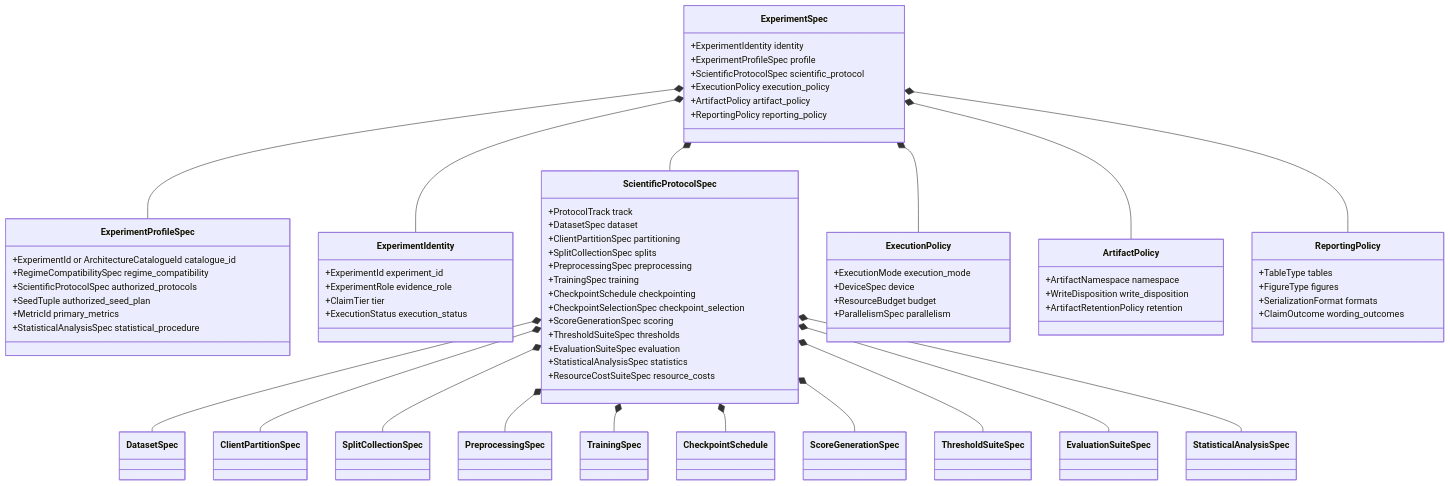
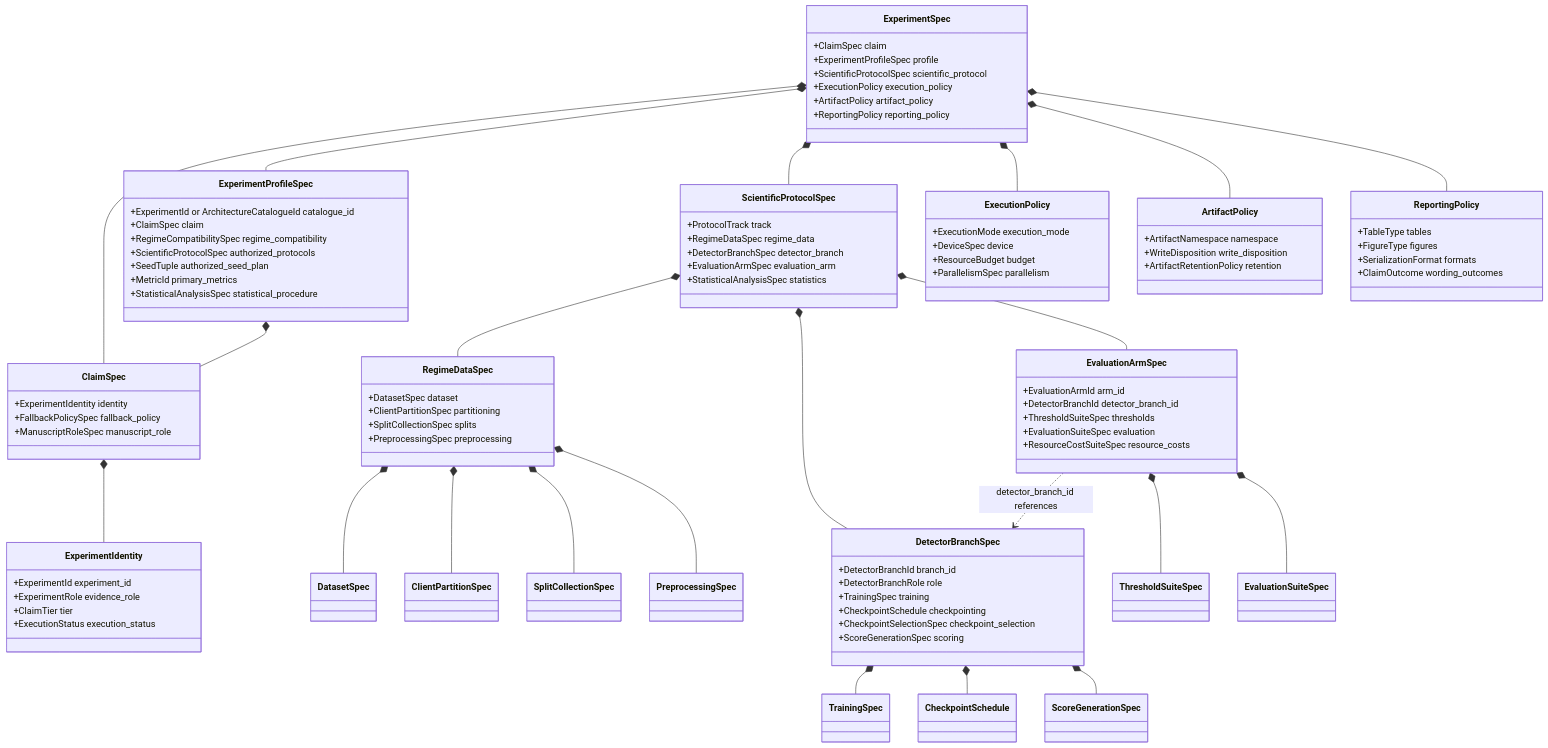
The second of 11 diagrams in docs/DATP Core Architecture.md (naslouby-salahe/datp-core), drawn with Mermaid before and after one commit. The commit also changed other lines of this file and 37 other files, not shown here.

````diff
--- a/docs/DATP Core Architecture.md
+++ b/docs/DATP Core Architecture.md
@@ -866,7 +891,7 @@
 ```mermaid
 classDiagram
     class ExperimentSpec {
-      +ExperimentIdentity identity
+      +ClaimSpec claim
       +ExperimentProfileSpec profile
       +ScientificProtocolSpec scientific_protocol
       +ExecutionPolicy execution_policy
@@ -875,11 +900,17 @@
     }
     class ExperimentProfileSpec {
       +ExperimentId or ArchitectureCatalogueId catalogue_id
+      +ClaimSpec claim
       +RegimeCompatibilitySpec regime_compatibility
       +ScientificProtocolSpec authorized_protocols
       +SeedTuple authorized_seed_plan
       +MetricId primary_metrics
       +StatisticalAnalysisSpec statistical_procedure
+    }
+    class ClaimSpec {
+      +ExperimentIdentity identity
+      +FallbackPolicySpec fallback_policy
+      +ManuscriptRoleSpec manuscript_role
     }
     class ExperimentIdentity {
       +ExperimentId experiment_id
@@ -889,17 +920,30 @@
     }
     class ScientificProtocolSpec {
       +ProtocolTrack track
+      +RegimeDataSpec regime_data
+      +DetectorBranchSpec detector_branch
+      +EvaluationArmSpec evaluation_arm
+      +StatisticalAnalysisSpec statistics
+    }
+    class RegimeDataSpec {
       +DatasetSpec dataset
       +ClientPartitionSpec partitioning
       +SplitCollectionSpec splits
       +PreprocessingSpec preprocessing
+    }
+    class DetectorBranchSpec {
+      +DetectorBranchId branch_id
+      +DetectorBranchRole role
       +TrainingSpec training
       +CheckpointSchedule checkpointing
       +CheckpointSelectionSpec checkpoint_selection
       +ScoreGenerationSpec scoring
+    }
+    class EvaluationArmSpec {
+      +EvaluationArmId arm_id
+      +DetectorBranchId detector_branch_id
       +ThresholdSuiteSpec thresholds
       +EvaluationSuiteSpec evaluation
-      +StatisticalAnalysisSpec statistics
       +ResourceCostSuiteSpec resource_costs
     }
     class ExecutionPolicy {
@@ -919,20 +963,25 @@
       +SerializationFormat formats
       +ClaimOutcome wording_outcomes
     }
-    ExperimentSpec *-- ExperimentIdentity
+    ExperimentSpec *-- ClaimSpec
     ExperimentSpec *-- ExperimentProfileSpec
     ExperimentSpec *-- ScientificProtocolSpec
     ExperimentSpec *-- ExecutionPolicy
     ExperimentSpec *-- ArtifactPolicy
     ExperimentSpec *-- ReportingPolicy
-    ScientificProtocolSpec *-- DatasetSpec
-    ScientificProtocolSpec *-- ClientPartitionSpec
-    ScientificProtocolSpec *-- SplitCollectionSpec
-    ScientificProtocolSpec *-- PreprocessingSpec
-    ScientificProtocolSpec *-- TrainingSpec
-    ScientificProtocolSpec *-- CheckpointSchedule
-    ScientificProtocolSpec *-- ScoreGenerationSpec
-    ScientificProtocolSpec *-- ThresholdSuiteSpec
-    ScientificProtocolSpec *-- EvaluationSuiteSpec
-    ScientificProtocolSpec *-- StatisticalAnalysisSpec
+    ExperimentProfileSpec *-- ClaimSpec
+    ClaimSpec *-- ExperimentIdentity
+    ScientificProtocolSpec *-- RegimeDataSpec
+    ScientificProtocolSpec *-- DetectorBranchSpec
+    ScientificProtocolSpec *-- EvaluationArmSpec
+    EvaluationArmSpec ..> DetectorBranchSpec : detector_branch_id references
+    RegimeDataSpec *-- DatasetSpec
+    RegimeDataSpec *-- ClientPartitionSpec
+    RegimeDataSpec *-- SplitCollectionSpec
+    RegimeDataSpec *-- PreprocessingSpec
+    DetectorBranchSpec *-- TrainingSpec
+    DetectorBranchSpec *-- CheckpointSchedule
+    DetectorBranchSpec *-- ScoreGenerationSpec
+    EvaluationArmSpec *-- ThresholdSuiteSpec
+    EvaluationArmSpec *-- EvaluationSuiteSpec
 ```
````
